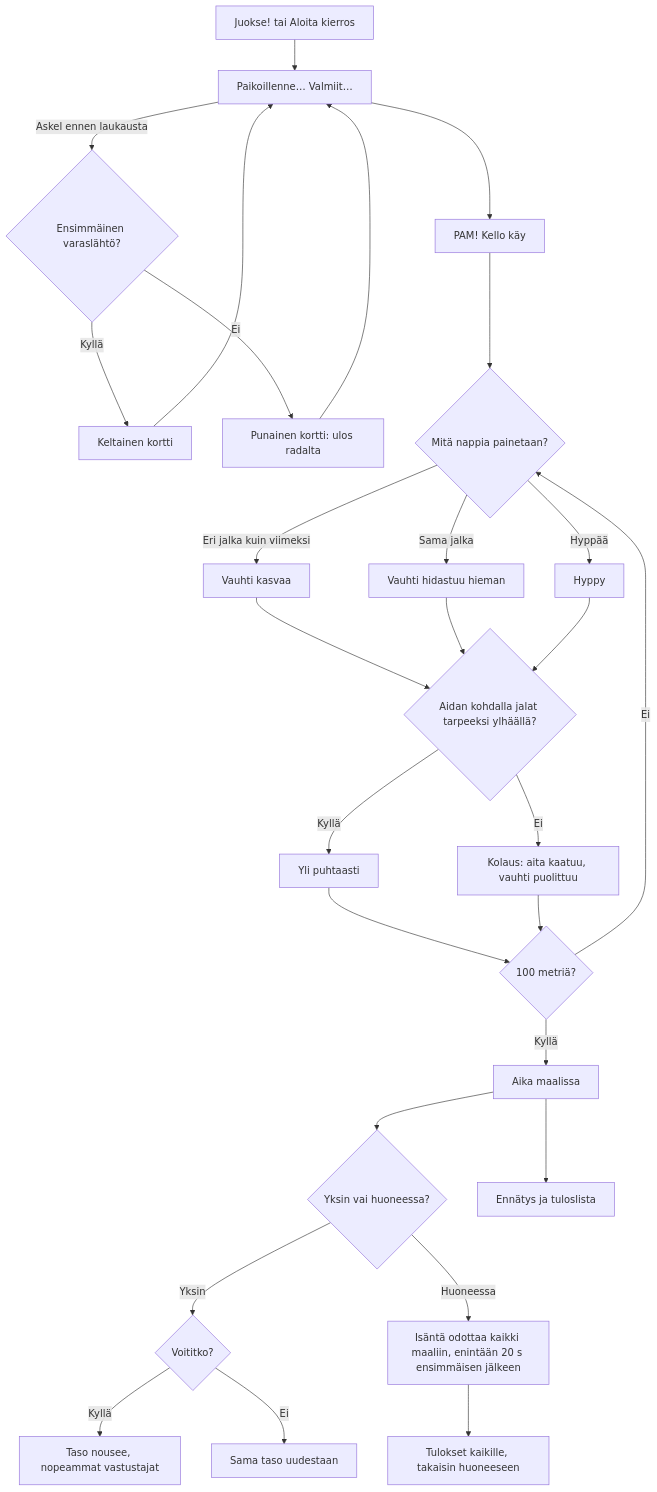
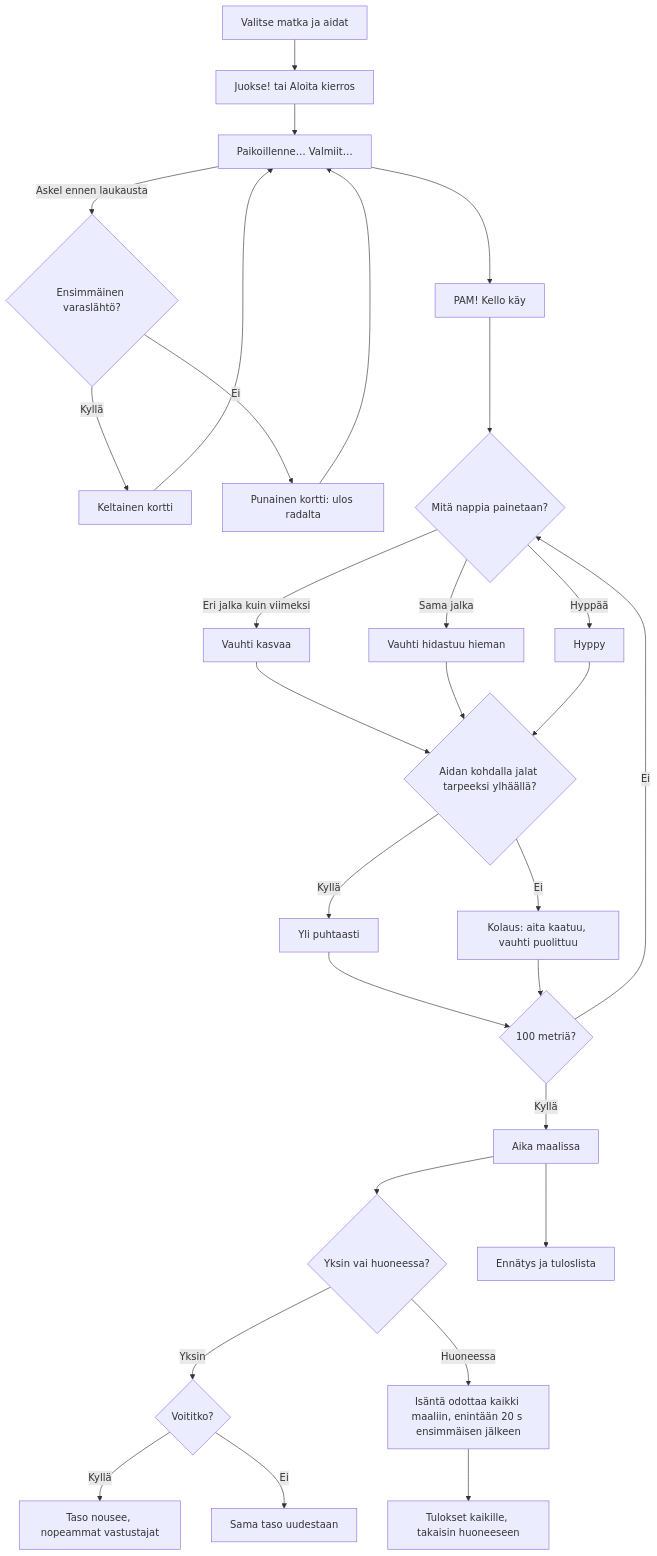
One commit to eerovil/ai-pelit changed the diagram in docs/diagrams/aitajuoksu.md. Above: the diagram before and after it, drawn with Mermaid. The commit also changed other lines of this file and 6 other files, not shown here.

````diff
--- a/docs/diagrams/aitajuoksu.md
+++ b/docs/diagrams/aitajuoksu.md
@@ -10,36 +11,37 @@
 ```mermaid
 flowchart TD
-  A[Juokse! tai Aloita kierros] --> B[Paikoillenne… Valmiit…]
+  V[Valitse matka ja aidat] --> A[Juokse! tai Aloita kierros]
+  A --> B[Paikoillenne… Valmiit…]
   B --> C[PAM! Kello käy]
   B -- Askel ennen laukausta --> FS{Ensimmäinen varaslähtö?}
   FS -- Kyllä --> YC[Keltainen kortti]
   FS -- Ei --> RC[Punainen kortti: ulos radalta]
   YC --> B
   RC --> B
   C --> D{Mitä nappia painetaan?}
   D -- Eri jalka kuin viimeksi --> E[Vauhti kasvaa]
   D -- Sama jalka --> F[Vauhti hidastuu hieman]
   D -- Hyppää --> G[Hyppy]
   E --> H{Aidan kohdalla jalat tarpeeksi ylhäällä?}
   F --> H
   G --> H
   H -- Kyllä --> I[Yli puhtaasti]
   H -- Ei --> J[Kolaus: aita kaatuu, vauhti puolittuu]
   I --> K{100 metriä?}
   J --> K
   K -- Ei --> D
   K -- Kyllä --> L[Aika maalissa]
   L --> M{Yksin vai huoneessa?}
   M -- Yksin --> N{Voititko?}
   N -- Kyllä --> O[Taso nousee, nopeammat vastustajat]
   N -- Ei --> P[Sama taso uudestaan]
   M -- Huoneessa --> Q[Isäntä odottaa kaikki maaliin, enintään 20 s ensimmäisen jälkeen]
   Q --> R[Tulokset kaikille, takaisin huoneeseen]
   L --> S[Ennätys ja tuloslista]
-  class A,B,C,D blue
+  class V,A,B,C,D blue
   class H,K,M,N,FS,YC amber
   class E,F,G,I teal
   class Q,R violet
   class L,O,S green
   class J,P,RC rose
 ```
````
